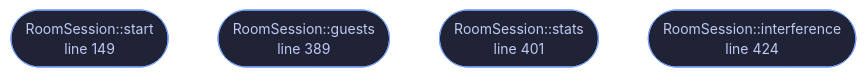
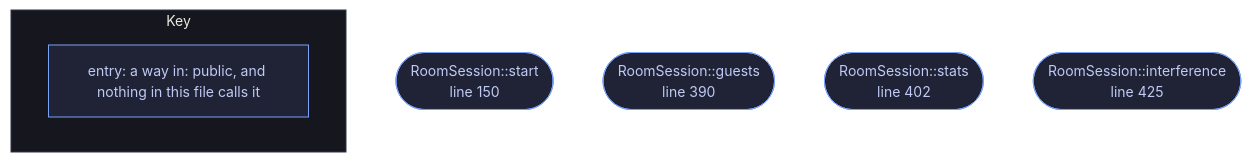
Before and after one commit to tilas01/veilvoice: the diagram in docs/files/veilvoice-audio/room.md, drawn with Mermaid. The commit also changed other lines of this file and 1510 other files, not shown here.

First line of the commit message:
Regenerate the documentation, wiki, site, graphs and measured numbers

````diff
--- a/docs/files/veilvoice-audio/room.md
+++ b/docs/files/veilvoice-audio/room.md
@@ -127,14 +127,19 @@
 ```mermaid
 %%{init: {"theme":"base","themeVariables":{"background":"#1a1b26","primaryColor":"#1f2335","primaryTextColor":"#c0caf5","primaryBorderColor":"#7aa2f7","secondaryColor":"#16161e","tertiaryColor":"#16161e","lineColor":"#737aa2","textColor":"#c0caf5","mainBkg":"#1f2335","nodeBorder":"#7aa2f7","clusterBkg":"#16161e","clusterBorder":"#2f3549","fontFamily":"ui-monospace, SFMono-Regular, Consolas, monospace","fontSize":"14px"}}}%%
 flowchart TD
-    n_start(["RoomSession::start<br/>line 149"])
-    n_guests(["RoomSession::guests<br/>line 389"])
-    n_stats(["RoomSession::stats<br/>line 401"])
-    n_interference(["RoomSession::interference<br/>line 424"])
-    click n_start href "https://github.com/tilas01/veilvoice/blob/main/crates/veilvoice-audio/src/room.rs#L149" "open the source"
-    click n_guests href "https://github.com/tilas01/veilvoice/blob/main/crates/veilvoice-audio/src/room.rs#L389" "open the source"
-    click n_stats href "https://github.com/tilas01/veilvoice/blob/main/crates/veilvoice-audio/src/room.rs#L401" "open the source"
-    click n_interference href "https://github.com/tilas01/veilvoice/blob/main/crates/veilvoice-audio/src/room.rs#L424" "open the source"
+    n_start(["RoomSession::start<br/>line 150"])
+    n_guests(["RoomSession::guests<br/>line 390"])
+    n_stats(["RoomSession::stats<br/>line 402"])
+    n_interference(["RoomSession::interference<br/>line 425"])
+    click n_start href "https://github.com/tilas01/veilvoice/blob/main/crates/veilvoice-audio/src/room.rs#L150" "open the source"
+    click n_guests href "https://github.com/tilas01/veilvoice/blob/main/crates/veilvoice-audio/src/room.rs#L390" "open the source"
+    click n_stats href "https://github.com/tilas01/veilvoice/blob/main/crates/veilvoice-audio/src/room.rs#L402" "open the source"
+    click n_interference href "https://github.com/tilas01/veilvoice/blob/main/crates/veilvoice-audio/src/room.rs#L425" "open the source"
     classDef entry fill:#1f2335,stroke:#7aa2f7,color:#c0caf5
     class n_start,n_guests,n_stats,n_interference entry
+    subgraph chart_key ["Key"]
+        direction LR
+        key_entry["entry: a way in: public, and nothing in this file calls it"]
+    end
+    class key_entry entry
 ```
````
